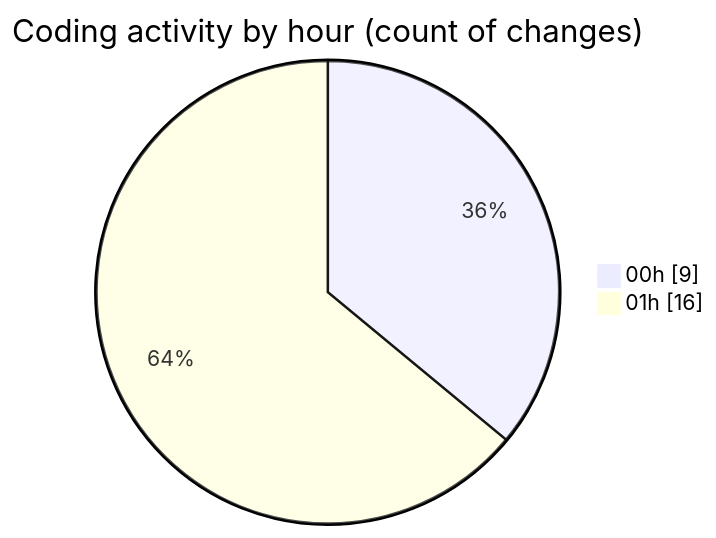
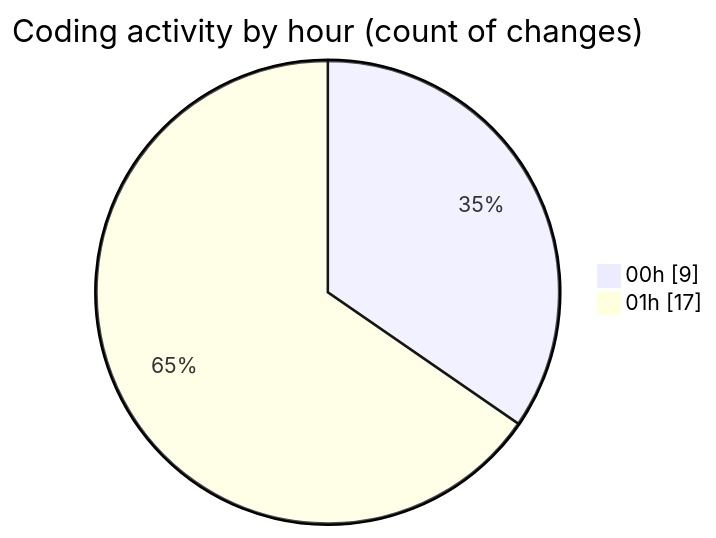
One commit to nxtqubesakshisongat/code-tracking changed the second of 2 diagrams in 2025-10-25/javacript/README.md. Above: the diagram before and after it, drawn with Mermaid. The commit also changed other lines of this file and 1 other file, not shown here.

````diff
--- a/2025-10-25/javacript/README.md
+++ b/2025-10-25/javacript/README.md
@@ -28,6 +28,6 @@
 ```mermaid
 pie showData
 title Coding activity by hour (count of changes)
 "00h" : 9
-"01h" : 16
+"01h" : 17
 ```
````
